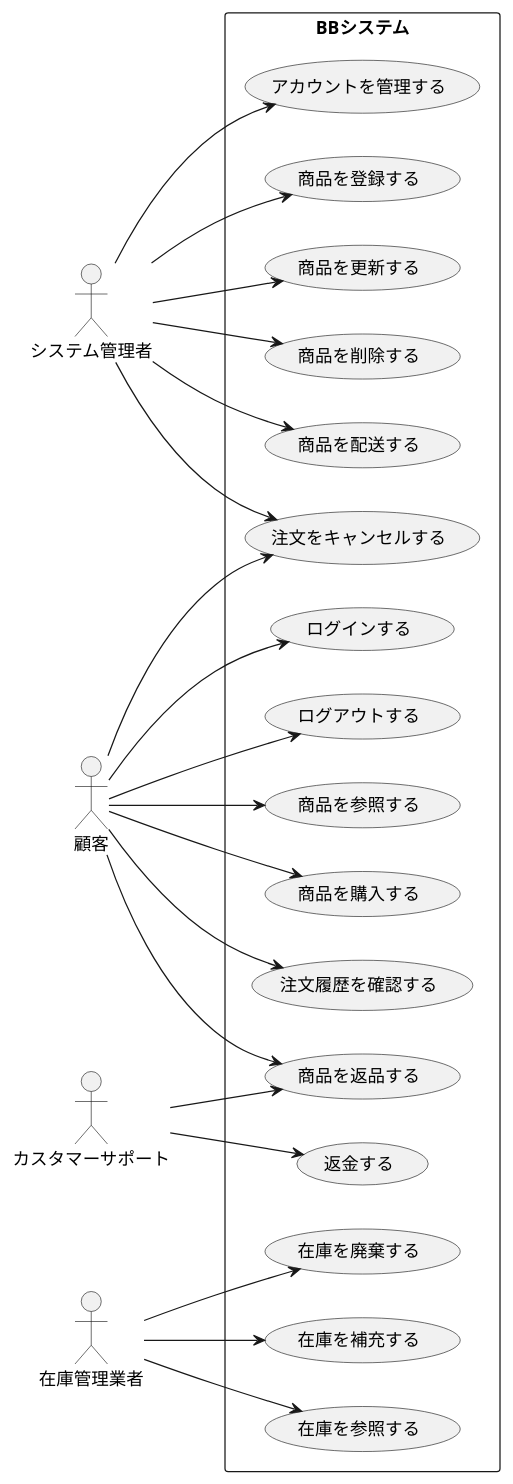
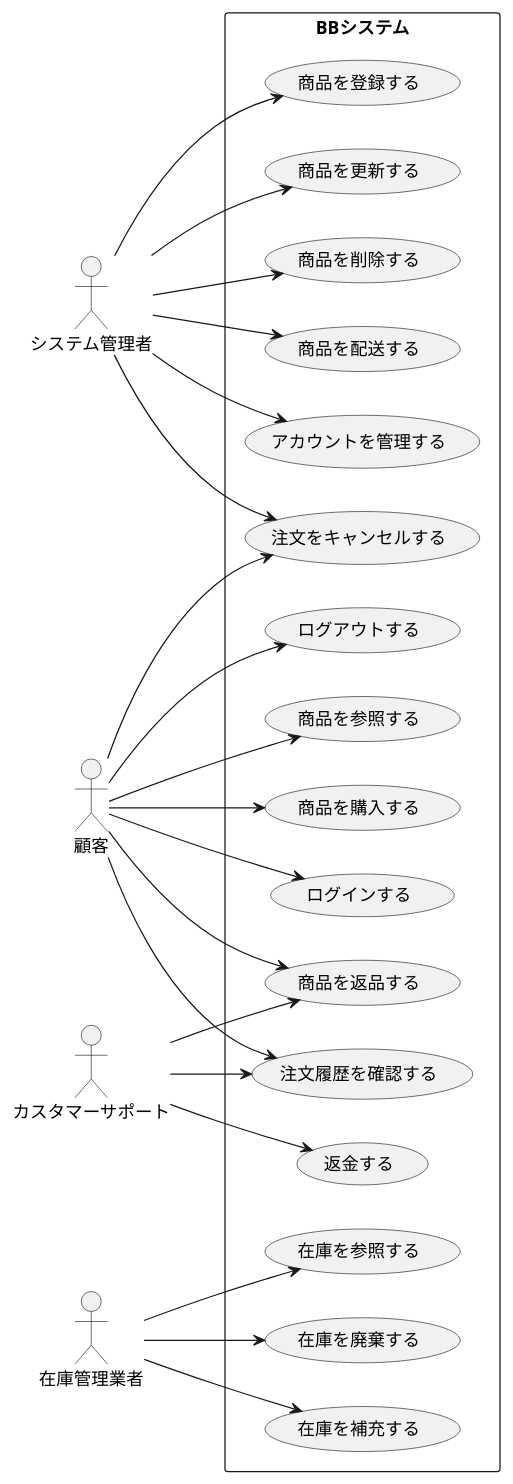
The diagram in BB/usecase_admin.pu (FujikawaHirono0520/group3_1_dogdog), drawn with PlantUML before and after one commit.

Commit message:
【変更】カスタマーサポートが注文履歴を確認可能

```diff
--- a/BB/usecase_admin.pu
+++ b/BB/usecase_admin.pu
@@ -1,54 +1,55 @@
 @startuml BB注文管理システムユースケース図
 left to right direction
 actor システム管理者
 
 actor 顧客
 
 actor カスタマーサポート
 
 actor 在庫管理業者
 
 
 rectangle BBシステム {
   usecase "商品を登録する" as UC1
   usecase "商品を更新する" as UC2
   usecase "商品を削除する" as UC3
   usecase "返金する" as UC4
   usecase "商品を配送する" as UC5
   usecase "アカウントを管理する" as UC6
 
   usecase "ログインする" as UC7
   usecase "ログアウトする" as UC8
   usecase "商品を参照する" as UC9
   usecase "商品を購入する" as UC10
   usecase "注文履歴を確認する" as UC11
   usecase "注文をキャンセルする" as UC12
   usecase "商品を返品する" as UC13
 
   usecase "在庫を補充する" as UC14
   usecase "在庫を参照する" as UC15
   usecase "在庫を廃棄する" as UC16
 }
 
 システム管理者 --> UC1
 システム管理者 --> UC2
 システム管理者 --> UC3
 システム管理者 --> UC5
 システム管理者 --> UC6
 システム管理者 --> UC12
 
 顧客 --> UC7
 顧客 --> UC8
 顧客 --> UC9
 顧客 --> UC10
 顧客 --> UC11
 顧客 --> UC12
 顧客 --> UC13
 
+カスタマーサポート --> UC11
 カスタマーサポート --> UC4
 カスタマーサポート --> UC13
 
 在庫管理業者 --> UC14
 在庫管理業者 --> UC15
 在庫管理業者 --> UC16
 @enduml
```
